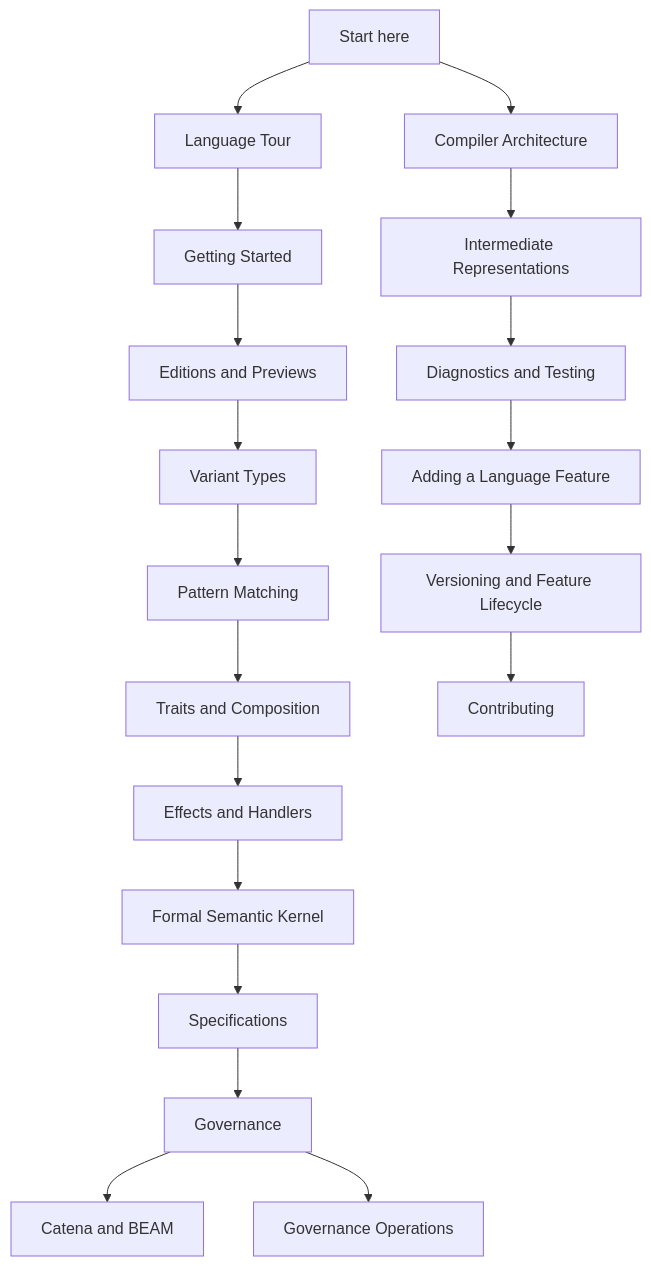
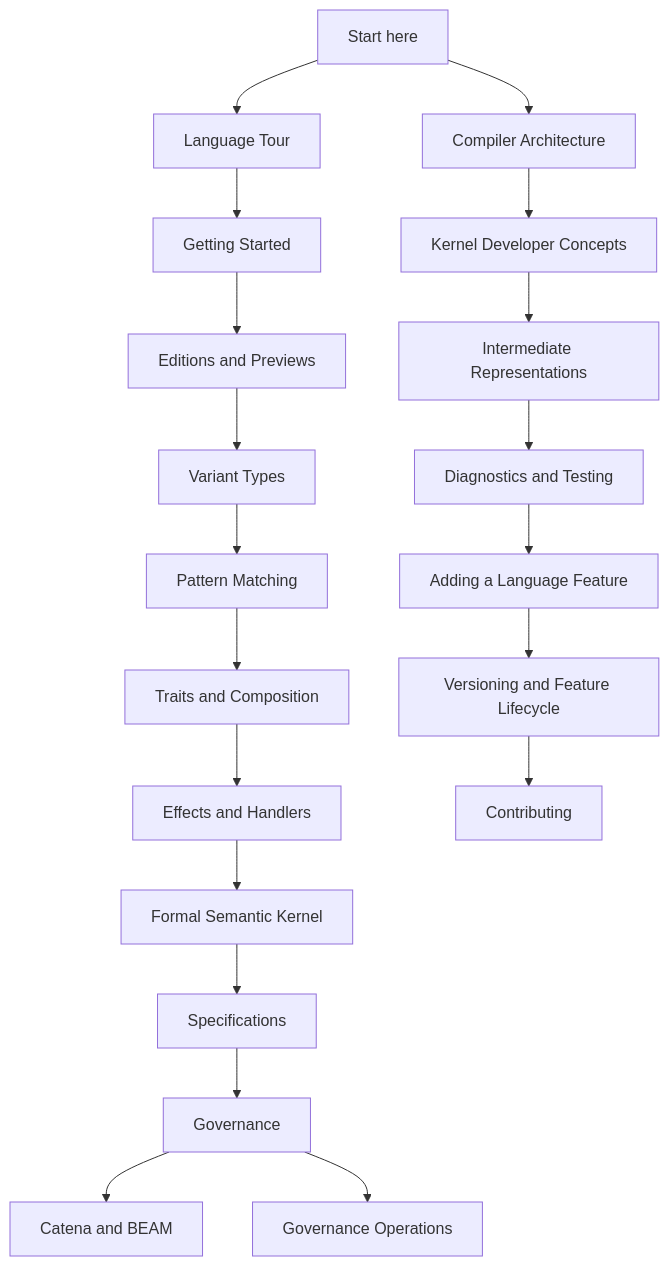
The diagram in guides/README.md (pcharbon70/catena), drawn with Mermaid before and after one commit. The commit also changed other lines of this file and 14 other files, not shown here.

First line of the commit message:
Add semantic-kernel developer documentation series

````diff
--- a/guides/README.md
+++ b/guides/README.md
@@ -22,23 +22,24 @@
 ```mermaid
 flowchart TD
     Start[Start here] --> Tour[Language Tour]
     Tour --> First[Getting Started]
     First --> Editions[Editions and Previews]
     Editions --> Data[Variant Types]
     Data --> Match[Pattern Matching]
     Match --> Traits[Traits and Composition]
     Traits --> Effects[Effects and Handlers]
     Effects --> Kernel[Formal Semantic Kernel]
     Kernel --> Specs[Specifications]
     Specs --> Gov[Governance]
     Gov --> Beam[Catena and BEAM]
 
     Gov --> Ops[Governance Operations]
 
     Start --> Dev[Compiler Architecture]
-    Dev --> IR[Intermediate Representations]
+    Dev --> Concepts[Kernel Developer Concepts]
+    Concepts --> IR[Intermediate Representations]
     IR --> Tests[Diagnostics and Testing]
     Tests --> Feature[Adding a Language Feature]
     Feature --> Lifecycle[Versioning and Feature Lifecycle]
     Lifecycle --> Contrib[Contributing]
 ```
````
